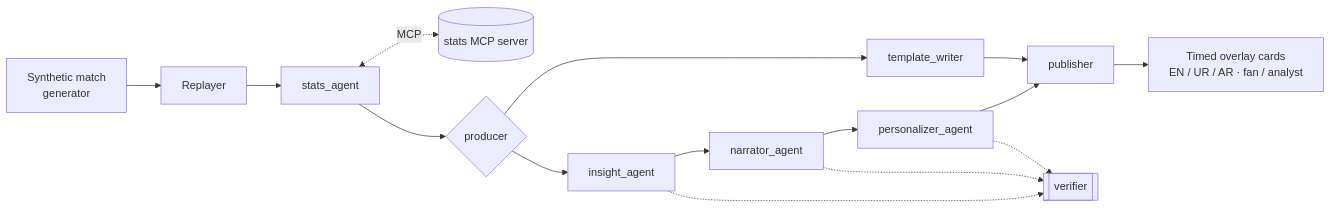
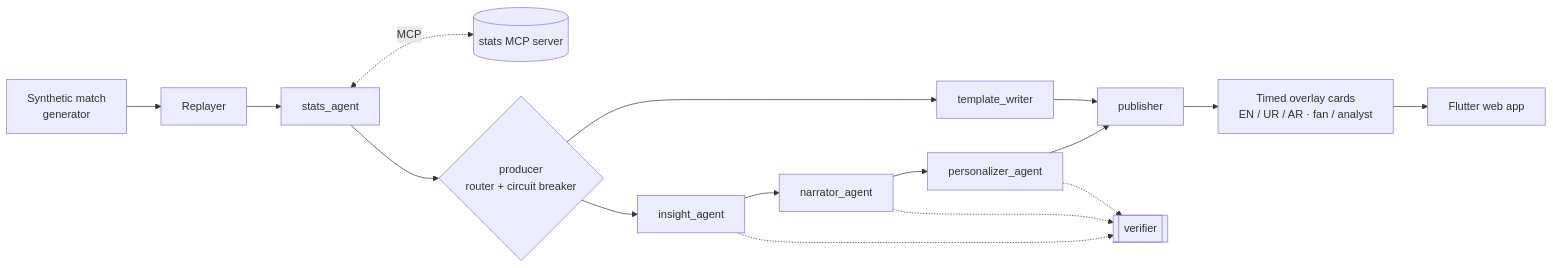
Before and after one commit to ALISAEED-1/matchmind: the diagram in README.md, drawn with Mermaid. The commit also changed other lines of this file and 7 other files, not shown here.

````diff
--- a/README.md
+++ b/README.md
@@ -15,11 +15,12 @@
 ```mermaid
 flowchart LR
     G[Synthetic match<br/>generator] --> R[Replayer]
     R --> S[stats_agent]
     S <-. MCP .-> M[(stats MCP server)]
-    S --> P{producer}
+    S --> P{producer<br/>router + circuit breaker}
     P --> I[insight_agent] --> N[narrator_agent] --> Z[personalizer_agent] --> B[publisher]
     P --> T[template_writer] --> B
     I & N & Z -.-> V[[verifier]]
     B --> C[Timed overlay cards<br/>EN / UR / AR · fan / analyst]
+    C --> W[Flutter web app]
 ```
````
